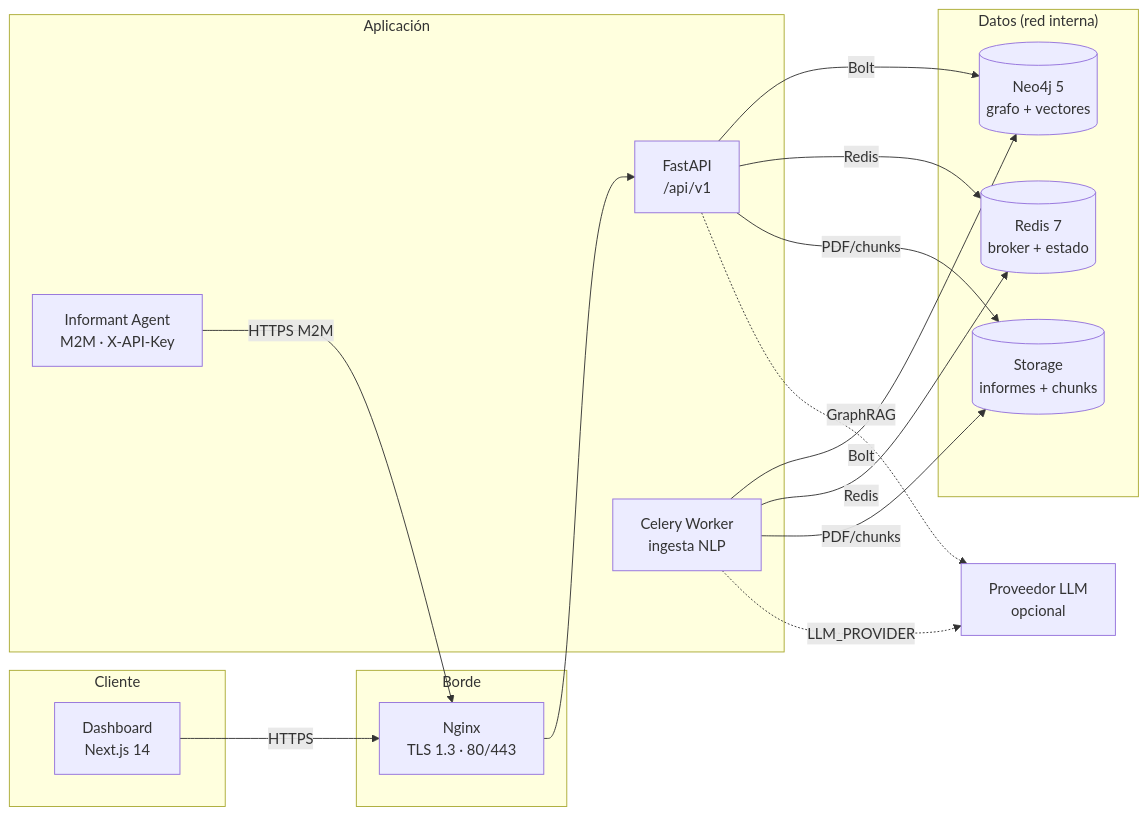
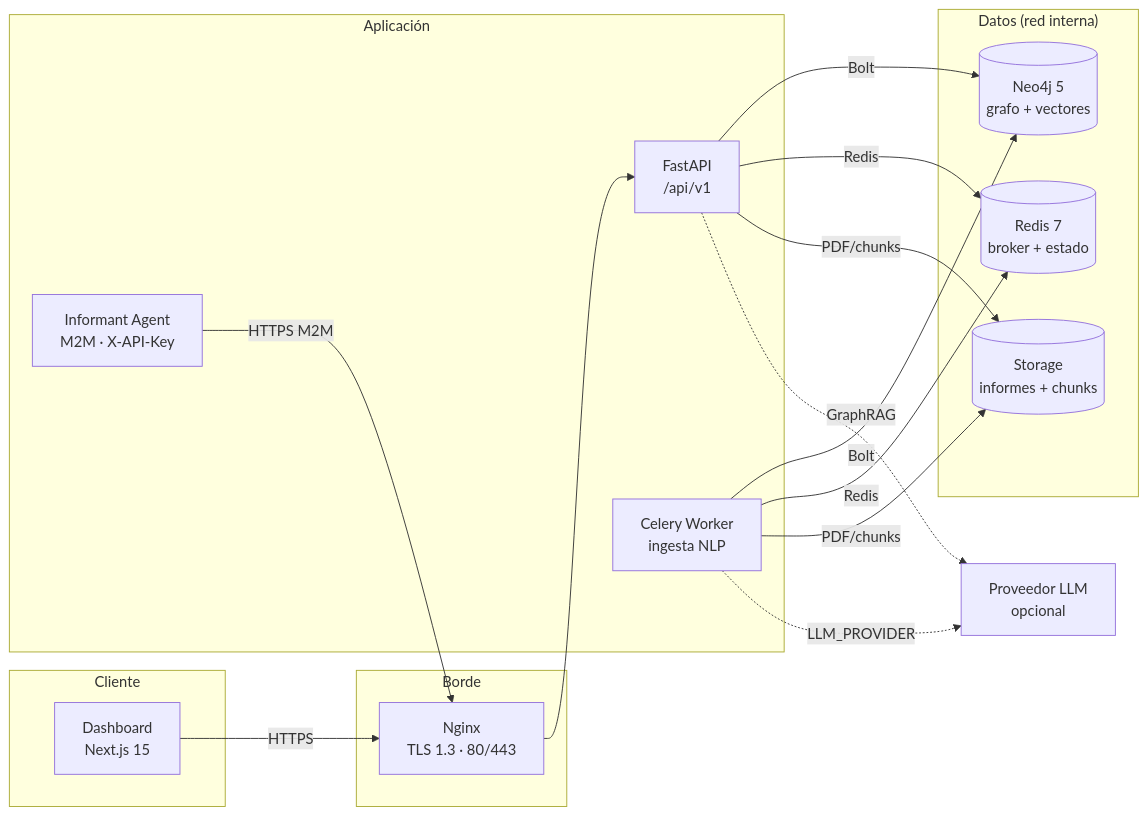
The first of 2 diagrams in README.md (murdok1982/DataBaseInt-Osint-socmint-Sigint), drawn with Mermaid before and after one commit. The commit also changed other lines of this file and 5 other files, not shown here.

````diff
--- a/README.md
+++ b/README.md
@@ -121,36 +122,36 @@
 ```mermaid
 flowchart LR
     subgraph CLIENTE["Cliente"]
-        UI["Dashboard<br/>Next.js 14"]
+        UI["Dashboard<br/>Next.js 15"]
     end
 
     subgraph BORDE["Borde"]
         NG["Nginx<br/>TLS 1.3 · 80/443"]
     end
 
     subgraph APP["Aplicación"]
         API["FastAPI<br/>/api/v1"]
         W["Celery Worker<br/>ingesta NLP"]
         IA["Informant Agent<br/>M2M · X-API-Key"]
     end
 
     subgraph DATOS["Datos (red interna)"]
         N4J[("Neo4j 5<br/>grafo + vectores")]
         RDS[("Redis 7<br/>broker + estado")]
         FS[("Storage<br/>informes + chunks")]
     end
 
     EXT["Proveedor LLM<br/>opcional"]
 
     UI -->|HTTPS| NG
     IA -->|HTTPS M2M| NG
     NG --> API
     API -->|Bolt| N4J
     API -->|Redis| RDS
     API -->|PDF/chunks| FS
     W -->|Bolt| N4J
     W -->|Redis| RDS
     W -->|PDF/chunks| FS
     W -.->|LLM_PROVIDER| EXT
     API -.->|GraphRAG| EXT
 ```
````
